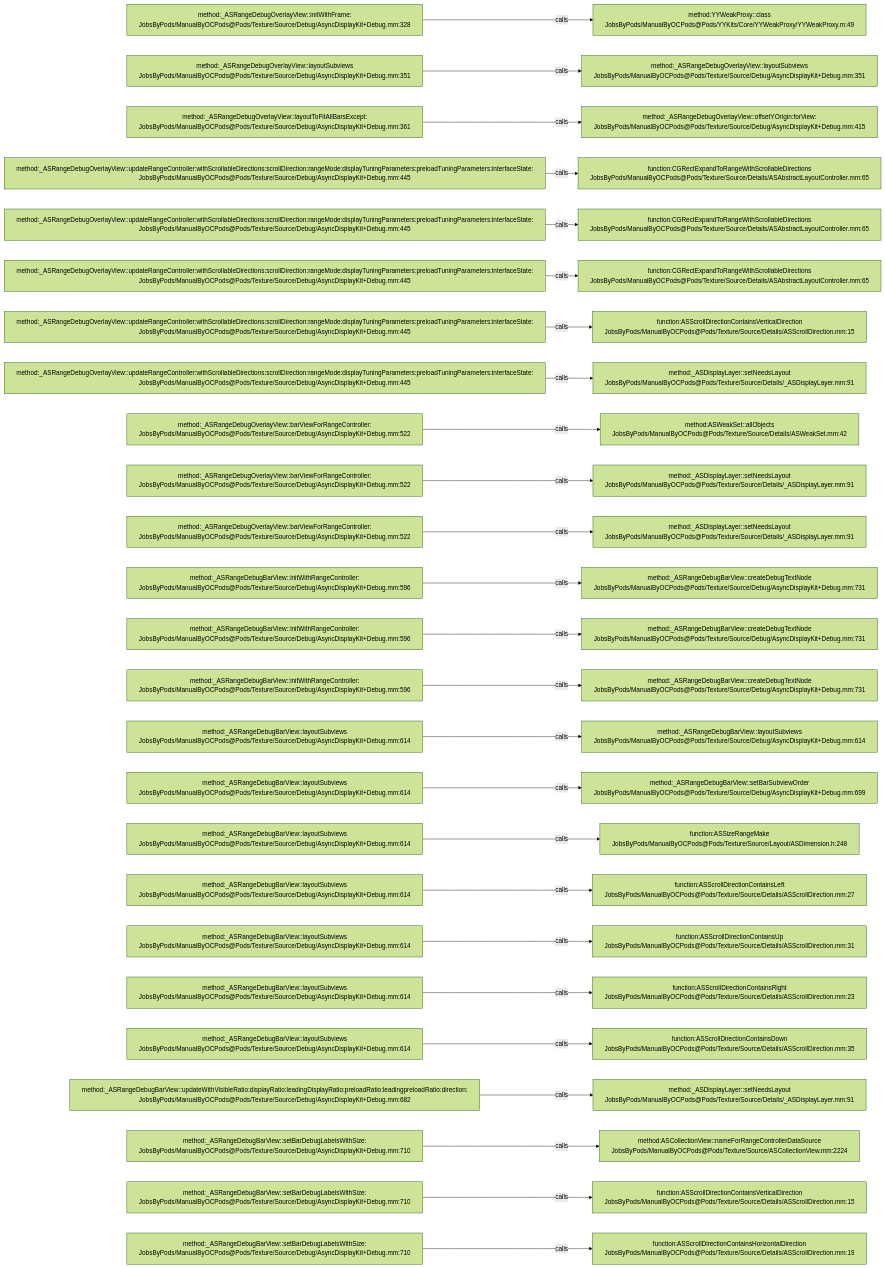
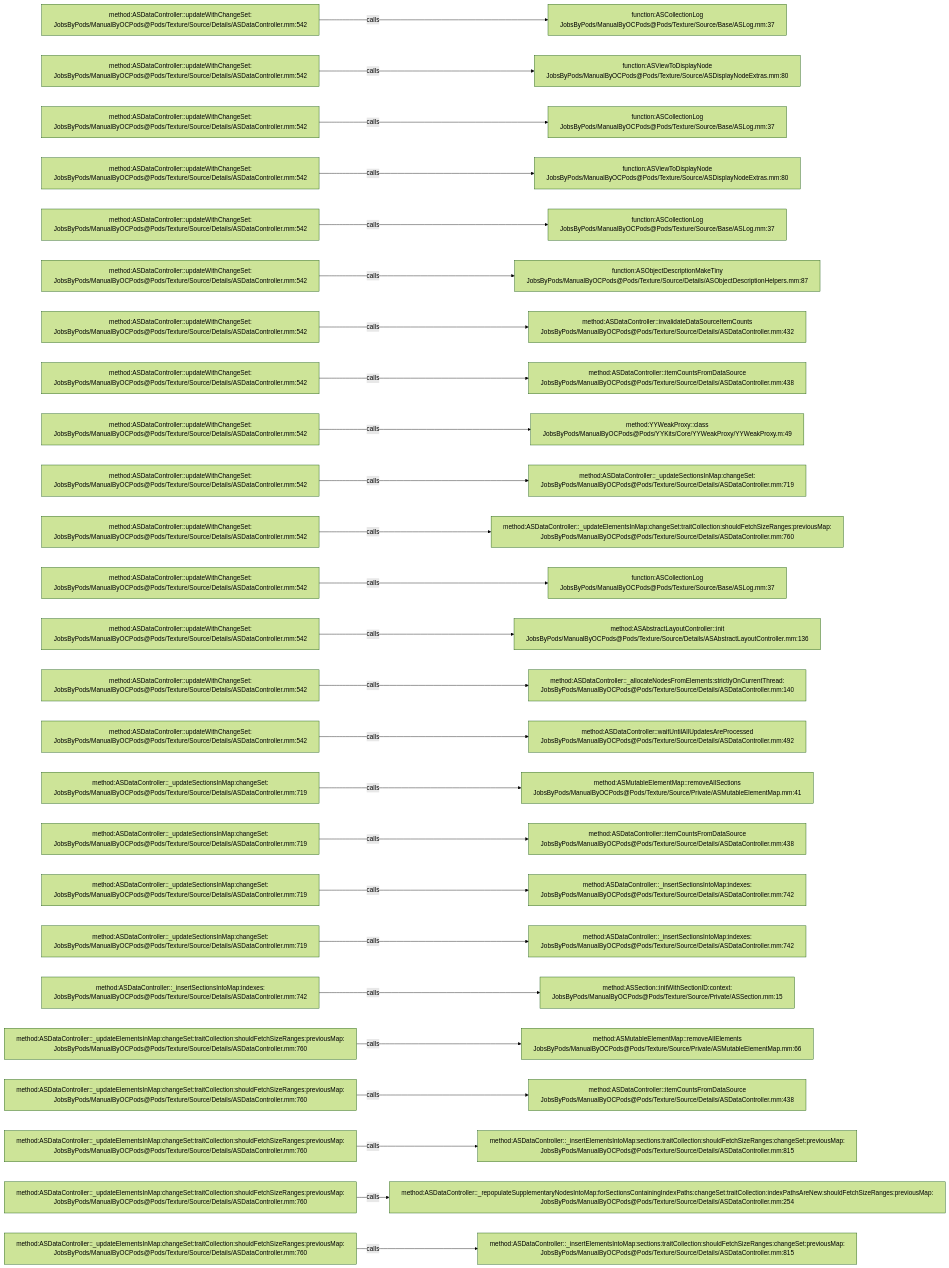
One commit to JobsKits/JobsOCBaseConfigDemo changed the diagram in .codegraph/codegraph.md/graphs/calls-157.md. Above: the diagram before and after it, drawn with Mermaid (forest theme). The commit also changed 1223 other files, not shown here.

````diff
--- a/.codegraph/codegraph.md/graphs/calls-157.md
+++ b/.codegraph/codegraph.md/graphs/calls-157.md
@@ -13,78 +13,78 @@
 ```mermaid
 flowchart LR
-  S1["method:_ASRangeDebugOverlayView::initWithFrame:<br/>JobsByPods/ManualByOCPods@Pods/Texture/Source/Debug/AsyncDisplayKit+Debug.mm:328"]
-  T1["method:YYWeakProxy::class<br/>JobsByPods/ManualByOCPods@Pods/YYKits/Core/YYWeakProxy/YYWeakProxy.m:49"]
+  S1["method:ASDataController::updateWithChangeSet:<br/>JobsByPods/ManualByOCPods@Pods/Texture/Source/Details/ASDataController.mm:542"]
+  T1["function:ASCollectionLog<br/>JobsByPods/ManualByOCPods@Pods/Texture/Source/Base/ASLog.mm:37"]
   S1 -->|calls| T1
-  S2["method:_ASRangeDebugOverlayView::layoutSubviews<br/>JobsByPods/ManualByOCPods@Pods/Texture/Source/Debug/AsyncDisplayKit+Debug.mm:351"]
-  T2["method:_ASRangeDebugOverlayView::layoutSubviews<br/>JobsByPods/ManualByOCPods@Pods/Texture/Source/Debug/AsyncDisplayKit+Debug.mm:351"]
+  S2["method:ASDataController::updateWithChangeSet:<br/>JobsByPods/ManualByOCPods@Pods/Texture/Source/Details/ASDataController.mm:542"]
+  T2["function:ASViewToDisplayNode<br/>JobsByPods/ManualByOCPods@Pods/Texture/Source/ASDisplayNodeExtras.mm:80"]
   S2 -->|calls| T2
-  S3["method:_ASRangeDebugOverlayView::layoutToFitAllBarsExcept:<br/>JobsByPods/ManualByOCPods@Pods/Texture/Source/Debug/AsyncDisplayKit+Debug.mm:361"]
-  T3["method:_ASRangeDebugOverlayView::offsetYOrigin:forView:<br/>JobsByPods/ManualByOCPods@Pods/Texture/Source/Debug/AsyncDisplayKit+Debug.mm:415"]
+  S3["method:ASDataController::updateWithChangeSet:<br/>JobsByPods/ManualByOCPods@Pods/Texture/Source/Details/ASDataController.mm:542"]
+  T3["function:ASCollectionLog<br/>JobsByPods/ManualByOCPods@Pods/Texture/Source/Base/ASLog.mm:37"]
   S3 -->|calls| T3
-  S4["method:_ASRangeDebugOverlayView::updateRangeController:withScrollableDirections:scrollDirection:rangeMode:displayTuningParameters:preloadTuningParameters:interfaceState:<br/>JobsByPods/ManualByOCPods@Pods/Texture/Source/Debug/AsyncDisplayKit+Debug.mm:445"]
-  T4["function:CGRectExpandToRangeWithScrollableDirections<br/>JobsByPods/ManualByOCPods@Pods/Texture/Source/Details/ASAbstractLayoutController.mm:65"]
+  S4["method:ASDataController::updateWithChangeSet:<br/>JobsByPods/ManualByOCPods@Pods/Texture/Source/Details/ASDataController.mm:542"]
+  T4["function:ASViewToDisplayNode<br/>JobsByPods/ManualByOCPods@Pods/Texture/Source/ASDisplayNodeExtras.mm:80"]
   S4 -->|calls| T4
-  S5["method:_ASRangeDebugOverlayView::updateRangeController:withScrollableDirections:scrollDirection:rangeMode:displayTuningParameters:preloadTuningParameters:interfaceState:<br/>JobsByPods/ManualByOCPods@Pods/Texture/Source/Debug/AsyncDisplayKit+Debug.mm:445"]
-  T5["function:CGRectExpandToRangeWithScrollableDirections<br/>JobsByPods/ManualByOCPods@Pods/Texture/Source/Details/ASAbstractLayoutController.mm:65"]
+  S5["method:ASDataController::updateWithChangeSet:<br/>JobsByPods/ManualByOCPods@Pods/Texture/Source/Details/ASDataController.mm:542"]
+  T5["function:ASCollectionLog<br/>JobsByPods/ManualByOCPods@Pods/Texture/Source/Base/ASLog.mm:37"]
   S5 -->|calls| T5
-  S6["method:_ASRangeDebugOverlayView::updateRangeController:withScrollableDirections:scrollDirection:rangeMode:displayTuningParameters:preloadTuningParameters:interfaceState:<br/>JobsByPods/ManualByOCPods@Pods/Texture/Source/Debug/AsyncDisplayKit+Debug.mm:445"]
-  T6["function:CGRectExpandToRangeWithScrollableDirections<br/>JobsByPods/ManualByOCPods@Pods/Texture/Source/Details/ASAbstractLayoutController.mm:65"]
+  S6["method:ASDataController::updateWithChangeSet:<br/>JobsByPods/ManualByOCPods@Pods/Texture/Source/Details/ASDataController.mm:542"]
+  T6["function:ASObjectDescriptionMakeTiny<br/>JobsByPods/ManualByOCPods@Pods/Texture/Source/Details/ASObjectDescriptionHelpers.mm:87"]
   S6 -->|calls| T6
-  S7["method:_ASRangeDebugOverlayView::updateRangeController:withScrollableDirections:scrollDirection:rangeMode:displayTuningParameters:preloadTuningParameters:interfaceState:<br/>JobsByPods/ManualByOCPods@Pods/Texture/Source/Debug/AsyncDisplayKit+Debug.mm:445"]
-  T7["function:ASScrollDirectionContainsVerticalDirection<br/>JobsByPods/ManualByOCPods@Pods/Texture/Source/Details/ASScrollDirection.mm:15"]
+  S7["method:ASDataController::updateWithChangeSet:<br/>JobsByPods/ManualByOCPods@Pods/Texture/Source/Details/ASDataController.mm:542"]
+  T7["method:ASDataController::invalidateDataSourceItemCounts<br/>JobsByPods/ManualByOCPods@Pods/Texture/Source/Details/ASDataController.mm:432"]
   S7 -->|calls| T7
-  S8["method:_ASRangeDebugOverlayView::updateRangeController:withScrollableDirections:scrollDirection:rangeMode:displayTuningParameters:preloadTuningParameters:interfaceState:<br/>JobsByPods/ManualByOCPods@Pods/Texture/Source/Debug/AsyncDisplayKit+Debug.mm:445"]
-  T8["method:_ASDisplayLayer::setNeedsLayout<br/>JobsByPods/ManualByOCPods@Pods/Texture/Source/Details/_ASDisplayLayer.mm:91"]
+  S8["method:ASDataController::updateWithChangeSet:<br/>JobsByPods/ManualByOCPods@Pods/Texture/Source/Details/ASDataController.mm:542"]
+  T8["method:ASDataController::itemCountsFromDataSource<br/>JobsByPods/ManualByOCPods@Pods/Texture/Source/Details/ASDataController.mm:438"]
   S8 -->|calls| T8
-  S9["method:_ASRangeDebugOverlayView::barViewForRangeController:<br/>JobsByPods/ManualByOCPods@Pods/Texture/Source/Debug/AsyncDisplayKit+Debug.mm:522"]
-  T9["method:ASWeakSet::allObjects<br/>JobsByPods/ManualByOCPods@Pods/Texture/Source/Details/ASWeakSet.mm:42"]
+  S9["method:ASDataController::updateWithChangeSet:<br/>JobsByPods/ManualByOCPods@Pods/Texture/Source/Details/ASDataController.mm:542"]
+  T9["method:YYWeakProxy::class<br/>JobsByPods/ManualByOCPods@Pods/YYKits/Core/YYWeakProxy/YYWeakProxy.m:49"]
   S9 -->|calls| T9
-  S10["method:_ASRangeDebugOverlayView::barViewForRangeController:<br/>JobsByPods/ManualByOCPods@Pods/Texture/Source/Debug/AsyncDisplayKit+Debug.mm:522"]
-  T10["method:_ASDisplayLayer::setNeedsLayout<br/>JobsByPods/ManualByOCPods@Pods/Texture/Source/Details/_ASDisplayLayer.mm:91"]
+  S10["method:ASDataController::updateWithChangeSet:<br/>JobsByPods/ManualByOCPods@Pods/Texture/Source/Details/ASDataController.mm:542"]
+  T10["method:ASDataController::_updateSectionsInMap:changeSet:<br/>JobsByPods/ManualByOCPods@Pods/Texture/Source/Details/ASDataController.mm:719"]
   S10 -->|calls| T10
-  S11["method:_ASRangeDebugOverlayView::barViewForRangeController:<br/>JobsByPods/ManualByOCPods@Pods/Texture/Source/Debug/AsyncDisplayKit+Debug.mm:522"]
-  T11["method:_ASDisplayLayer::setNeedsLayout<br/>JobsByPods/ManualByOCPods@Pods/Texture/Source/Details/_ASDisplayLayer.mm:91"]
+  S11["method:ASDataController::updateWithChangeSet:<br/>JobsByPods/ManualByOCPods@Pods/Texture/Source/Details/ASDataController.mm:542"]
+  T11["method:ASDataController::_updateElementsInMap:changeSet:traitCollection:shouldFetchSizeRanges:previousMap:<br/>JobsByPods/ManualByOCPods@Pods/Texture/Source/Details/ASDataController.mm:760"]
   S11 -->|calls| T11
-  S12["method:_ASRangeDebugBarView::initWithRangeController:<br/>JobsByPods/ManualByOCPods@Pods/Texture/Source/Debug/AsyncDisplayKit+Debug.mm:596"]
-  T12["method:_ASRangeDebugBarView::createDebugTextNode<br/>JobsByPods/ManualByOCPods@Pods/Texture/Source/Debug/AsyncDisplayKit+Debug.mm:731"]
+  S12["method:ASDataController::updateWithChangeSet:<br/>JobsByPods/ManualByOCPods@Pods/Texture/Source/Details/ASDataController.mm:542"]
+  T12["function:ASCollectionLog<br/>JobsByPods/ManualByOCPods@Pods/Texture/Source/Base/ASLog.mm:37"]
   S12 -->|calls| T12
-  S13["method:_ASRangeDebugBarView::initWithRangeController:<br/>JobsByPods/ManualByOCPods@Pods/Texture/Source/Debug/AsyncDisplayKit+Debug.mm:596"]
-  T13["method:_ASRangeDebugBarView::createDebugTextNode<br/>JobsByPods/ManualByOCPods@Pods/Texture/Source/Debug/AsyncDisplayKit+Debug.mm:731"]
+  S13["method:ASDataController::updateWithChangeSet:<br/>JobsByPods/ManualByOCPods@Pods/Texture/Source/Details/ASDataController.mm:542"]
+  T13["method:ASAbstractLayoutController::init<br/>JobsByPods/ManualByOCPods@Pods/Texture/Source/Details/ASAbstractLayoutController.mm:136"]
   S13 -->|calls| T13
-  S14["method:_ASRangeDebugBarView::initWithRangeController:<br/>JobsByPods/ManualByOCPods@Pods/Texture/Source/Debug/AsyncDisplayKit+Debug.mm:596"]
-  T14["method:_ASRangeDebugBarView::createDebugTextNode<br/>JobsByPods/ManualByOCPods@Pods/Texture/Source/Debug/AsyncDisplayKit+Debug.mm:731"]
+  S14["method:ASDataController::updateWithChangeSet:<br/>JobsByPods/ManualByOCPods@Pods/Texture/Source/Details/ASDataController.mm:542"]
+  T14["method:ASDataController::_allocateNodesFromElements:strictlyOnCurrentThread:<br/>JobsByPods/ManualByOCPods@Pods/Texture/Source/Details/ASDataController.mm:140"]
   S14 -->|calls| T14
-  S15["method:_ASRangeDebugBarView::layoutSubviews<br/>JobsByPods/ManualByOCPods@Pods/Texture/Source/Debug/AsyncDisplayKit+Debug.mm:614"]
-  T15["method:_ASRangeDebugBarView::layoutSubviews<br/>JobsByPods/ManualByOCPods@Pods/Texture/Source/Debug/AsyncDisplayKit+Debug.mm:614"]
+  S15["method:ASDataController::updateWithChangeSet:<br/>JobsByPods/ManualByOCPods@Pods/Texture/Source/Details/ASDataController.mm:542"]
+  T15["method:ASDataController::waitUntilAllUpdatesAreProcessed<br/>JobsByPods/ManualByOCPods@Pods/Texture/Source/Details/ASDataController.mm:492"]
   S15 -->|calls| T15
-  S16["method:_ASRangeDebugBarView::layoutSubviews<br/>JobsByPods/ManualByOCPods@Pods/Texture/Source/Debug/AsyncDisplayKit+Debug.mm:614"]
-  T16["method:_ASRangeDebugBarView::setBarSubviewOrder<br/>JobsByPods/ManualByOCPods@Pods/Texture/Source/Debug/AsyncDisplayKit+Debug.mm:699"]
+  S16["method:ASDataController::_updateSectionsInMap:changeSet:<br/>JobsByPods/ManualByOCPods@Pods/Texture/Source/Details/ASDataController.mm:719"]
+  T16["method:ASMutableElementMap::removeAllSections<br/>JobsByPods/ManualByOCPods@Pods/Texture/Source/Private/ASMutableElementMap.mm:41"]
   S16 -->|calls| T16
-  S17["method:_ASRangeDebugBarView::layoutSubviews<br/>JobsByPods/ManualByOCPods@Pods/Texture/Source/Debug/AsyncDisplayKit+Debug.mm:614"]
-  T17["function:ASSizeRangeMake<br/>JobsByPods/ManualByOCPods@Pods/Texture/Source/Layout/ASDimension.h:248"]
+  S17["method:ASDataController::_updateSectionsInMap:changeSet:<br/>JobsByPods/ManualByOCPods@Pods/Texture/Source/Details/ASDataController.mm:719"]
+  T17["method:ASDataController::itemCountsFromDataSource<br/>JobsByPods/ManualByOCPods@Pods/Texture/Source/Details/ASDataController.mm:438"]
   S17 -->|calls| T17
-  S18["method:_ASRangeDebugBarView::layoutSubviews<br/>JobsByPods/ManualByOCPods@Pods/Texture/Source/Debug/AsyncDisplayKit+Debug.mm:614"]
-  T18["function:ASScrollDirectionContainsLeft<br/>JobsByPods/ManualByOCPods@Pods/Texture/Source/Details/ASScrollDirection.mm:27"]
+  S18["method:ASDataController::_updateSectionsInMap:changeSet:<br/>JobsByPods/ManualByOCPods@Pods/Texture/Source/Details/ASDataController.mm:719"]
+  T18["method:ASDataController::_insertSectionsIntoMap:indexes:<br/>JobsByPods/ManualByOCPods@Pods/Texture/Source/Details/ASDataController.mm:742"]
   S18 -->|calls| T18
-  S19["method:_ASRangeDebugBarView::layoutSubviews<br/>JobsByPods/ManualByOCPods@Pods/Texture/Source/Debug/AsyncDisplayKit+Debug.mm:614"]
-  T19["function:ASScrollDirectionContainsUp<br/>JobsByPods/ManualByOCPods@Pods/Texture/Source/Details/ASScrollDirection.mm:31"]
+  S19["method:ASDataController::_updateSectionsInMap:changeSet:<br/>JobsByPods/ManualByOCPods@Pods/Texture/Source/Details/ASDataController.mm:719"]
+  T19["method:ASDataController::_insertSectionsIntoMap:indexes:<br/>JobsByPods/ManualByOCPods@Pods/Texture/Source/Details/ASDataController.mm:742"]
   S19 -->|calls| T19
-  S20["method:_ASRangeDebugBarView::layoutSubviews<br/>JobsByPods/ManualByOCPods@Pods/Texture/Source/Debug/AsyncDisplayKit+Debug.mm:614"]
-  T20["function:ASScrollDirectionContainsRight<br/>JobsByPods/ManualByOCPods@Pods/Texture/Source/Details/ASScrollDirection.mm:23"]
+  S20["method:ASDataController::_insertSectionsIntoMap:indexes:<br/>JobsByPods/ManualByOCPods@Pods/Texture/Source/Details/ASDataController.mm:742"]
+  T20["method:ASSection::initWithSectionID:context:<br/>JobsByPods/ManualByOCPods@Pods/Texture/Source/Private/ASSection.mm:15"]
   S20 -->|calls| T20
-  S21["method:_ASRangeDebugBarView::layoutSubviews<br/>JobsByPods/ManualByOCPods@Pods/Texture/Source/Debug/AsyncDisplayKit+Debug.mm:614"]
-  T21["function:ASScrollDirectionContainsDown<br/>JobsByPods/ManualByOCPods@Pods/Texture/Source/Details/ASScrollDirection.mm:35"]
+  S21["method:ASDataController::_updateElementsInMap:changeSet:traitCollection:shouldFetchSizeRanges:previousMap:<br/>JobsByPods/ManualByOCPods@Pods/Texture/Source/Details/ASDataController.mm:760"]
+  T21["method:ASMutableElementMap::removeAllElements<br/>JobsByPods/ManualByOCPods@Pods/Texture/Source/Private/ASMutableElementMap.mm:66"]
   S21 -->|calls| T21
-  S22["method:_ASRangeDebugBarView::updateWithVisibleRatio:displayRatio:leadingDisplayRatio:preloadRatio:leadingpreloadRatio:direction:<br/>JobsByPods/ManualByOCPods@Pods/Texture/Source/Debug/AsyncDisplayKit+Debug.mm:682"]
-  T22["method:_ASDisplayLayer::setNeedsLayout<br/>JobsByPods/ManualByOCPods@Pods/Texture/Source/Details/_ASDisplayLayer.mm:91"]
+  S22["method:ASDataController::_updateElementsInMap:changeSet:traitCollection:shouldFetchSizeRanges:previousMap:<br/>JobsByPods/ManualByOCPods@Pods/Texture/Source/Details/ASDataController.mm:760"]
+  T22["method:ASDataController::itemCountsFromDataSource<br/>JobsByPods/ManualByOCPods@Pods/Texture/Source/Details/ASDataController.mm:438"]
   S22 -->|calls| T22
-  S23["method:_ASRangeDebugBarView::setBarDebugLabelsWithSize:<br/>JobsByPods/ManualByOCPods@Pods/Texture/Source/Debug/AsyncDisplayKit+Debug.mm:710"]
-  T23["method:ASCollectionView::nameForRangeControllerDataSource<br/>JobsByPods/ManualByOCPods@Pods/Texture/Source/ASCollectionView.mm:2224"]
+  S23["method:ASDataController::_updateElementsInMap:changeSet:traitCollection:shouldFetchSizeRanges:previousMap:<br/>JobsByPods/ManualByOCPods@Pods/Texture/Source/Details/ASDataController.mm:760"]
+  T23["method:ASDataController::_insertElementsIntoMap:sections:traitCollection:shouldFetchSizeRanges:changeSet:previousMap:<br/>JobsByPods/ManualByOCPods@Pods/Texture/Source/Details/ASDataController.mm:815"]
   S23 -->|calls| T23
-  S24["method:_ASRangeDebugBarView::setBarDebugLabelsWithSize:<br/>JobsByPods/ManualByOCPods@Pods/Texture/Source/Debug/AsyncDisplayKit+Debug.mm:710"]
-  T24["function:ASScrollDirectionContainsVerticalDirection<br/>JobsByPods/ManualByOCPods@Pods/Texture/Source/Details/ASScrollDirection.mm:15"]
+  S24["method:ASDataController::_updateElementsInMap:changeSet:traitCollection:shouldFetchSizeRanges:previousMap:<br/>JobsByPods/ManualByOCPods@Pods/Texture/Source/Details/ASDataController.mm:760"]
+  T24["method:ASDataController::_repopulateSupplementaryNodesIntoMap:forSectionsContainingIndexPaths:changeSet:traitCollection:indexPathsAreNew:shouldFetchSizeRanges:previousMap:<br/>JobsByPods/ManualByOCPods@Pods/Texture/Source/Details/ASDataController.mm:254"]
   S24 -->|calls| T24
-  S25["method:_ASRangeDebugBarView::setBarDebugLabelsWithSize:<br/>JobsByPods/ManualByOCPods@Pods/Texture/Source/Debug/AsyncDisplayKit+Debug.mm:710"]
-  T25["function:ASScrollDirectionContainsHorizontalDirection<br/>JobsByPods/ManualByOCPods@Pods/Texture/Source/Details/ASScrollDirection.mm:19"]
+  S25["method:ASDataController::_updateElementsInMap:changeSet:traitCollection:shouldFetchSizeRanges:previousMap:<br/>JobsByPods/ManualByOCPods@Pods/Texture/Source/Details/ASDataController.mm:760"]
+  T25["method:ASDataController::_insertElementsIntoMap:sections:traitCollection:shouldFetchSizeRanges:changeSet:previousMap:<br/>JobsByPods/ManualByOCPods@Pods/Texture/Source/Details/ASDataController.mm:815"]
   S25 -->|calls| T25
 ```
````
